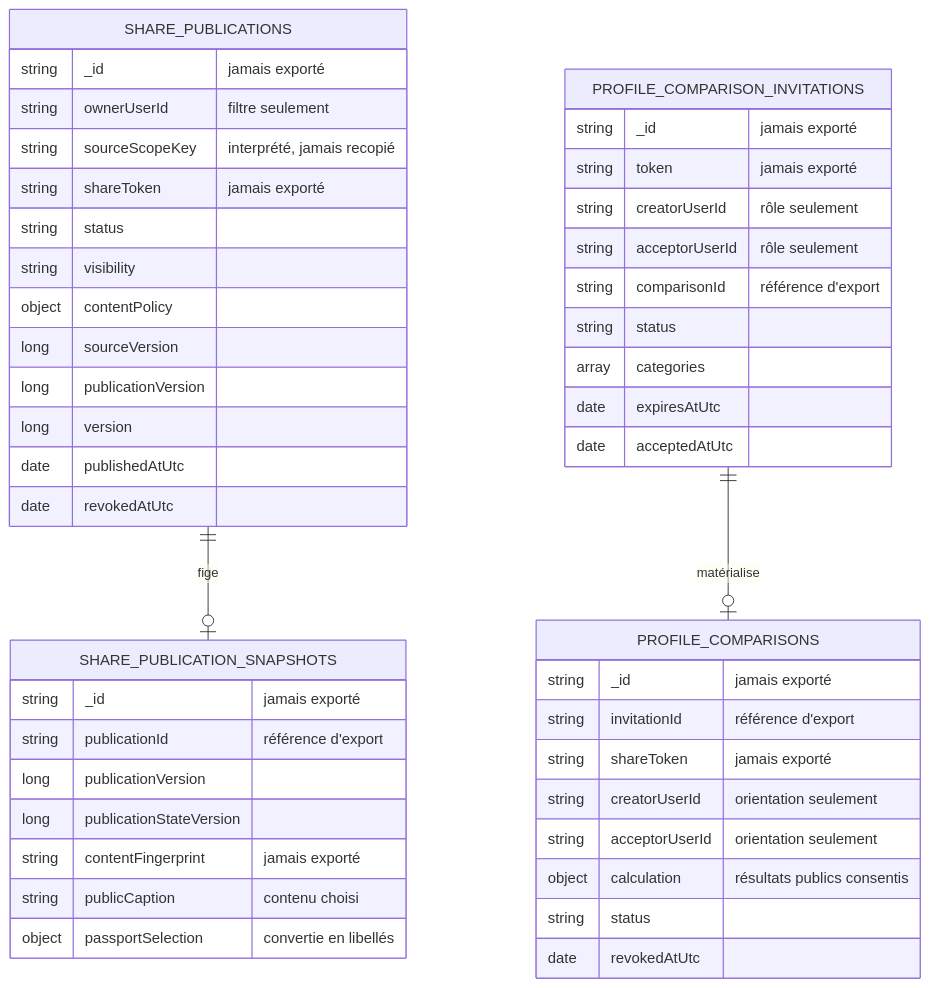
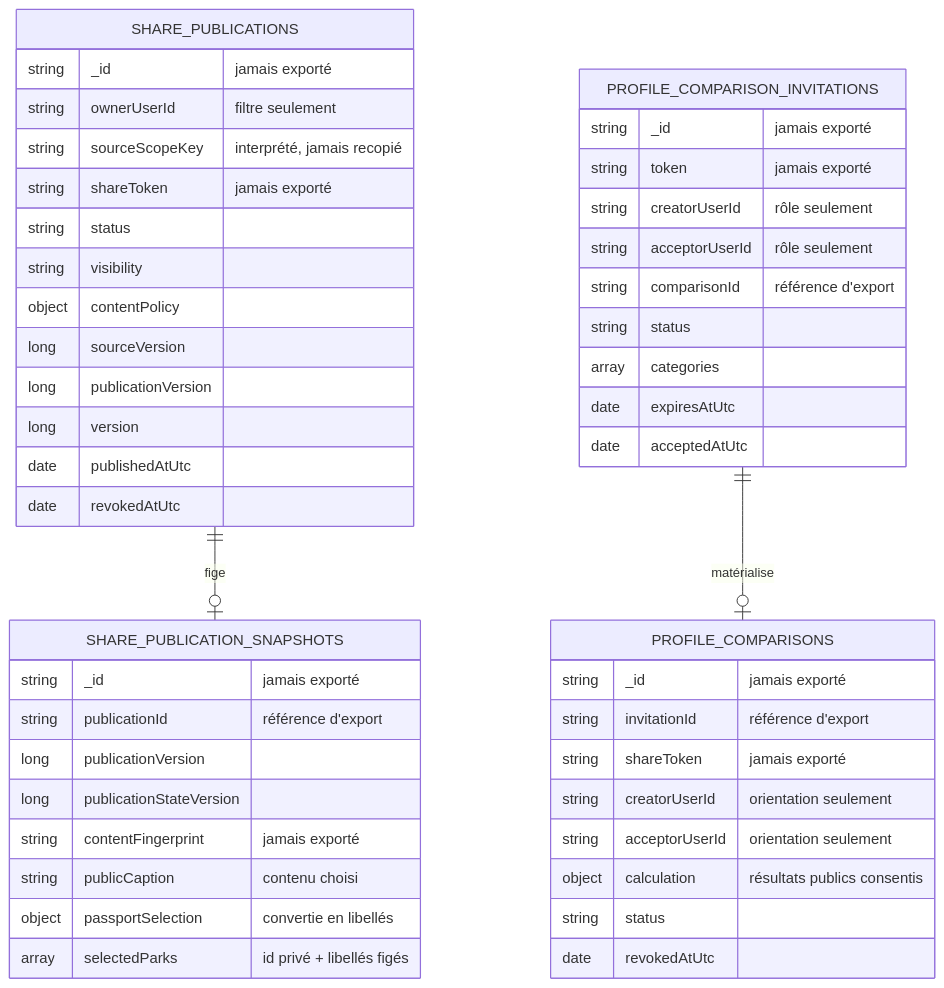
One commit to Ced59/AmusementParkProject changed the third of 3 diagrams in docs/architecture/product-growth-share-14a-passport-share-export-2026-09-13.md. Above: the diagram before and after it, drawn with Mermaid. The commit also changed other lines of this file and 17 other files, not shown here.

````diff
--- a/docs/architecture/product-growth-share-14a-passport-share-export-2026-09-13.md
+++ b/docs/architecture/product-growth-share-14a-passport-share-export-2026-09-13.md
@@ -117,50 +127,51 @@
 ```mermaid
 erDiagram
     SHARE_PUBLICATIONS {
       string _id "jamais exporté"
       string ownerUserId "filtre seulement"
       string sourceScopeKey "interprété, jamais recopié"
       string shareToken "jamais exporté"
       string status
       string visibility
       object contentPolicy
       long sourceVersion
       long publicationVersion
       long version
       date publishedAtUtc
       date revokedAtUtc
     }
     PROFILE_COMPARISON_INVITATIONS {
       string _id "jamais exporté"
       string token "jamais exporté"
       string creatorUserId "rôle seulement"
       string acceptorUserId "rôle seulement"
       string comparisonId "référence d'export"
       string status
       array categories
       date expiresAtUtc
       date acceptedAtUtc
     }
     PROFILE_COMPARISONS {
       string _id "jamais exporté"
       string invitationId "référence d'export"
       string shareToken "jamais exporté"
       string creatorUserId "orientation seulement"
       string acceptorUserId "orientation seulement"
       object calculation "résultats publics consentis"
       string status
       date revokedAtUtc
     }
     SHARE_PUBLICATION_SNAPSHOTS {
       string _id "jamais exporté"
       string publicationId "référence d'export"
       long publicationVersion
       long publicationStateVersion
       string contentFingerprint "jamais exporté"
       string publicCaption "contenu choisi"
       object passportSelection "convertie en libellés"
+      array selectedParks "id privé + libellés figés"
     }
 
     PROFILE_COMPARISON_INVITATIONS ||--o| PROFILE_COMPARISONS : matérialise
     SHARE_PUBLICATIONS ||--o| SHARE_PUBLICATION_SNAPSHOTS : fige
 ```
````
